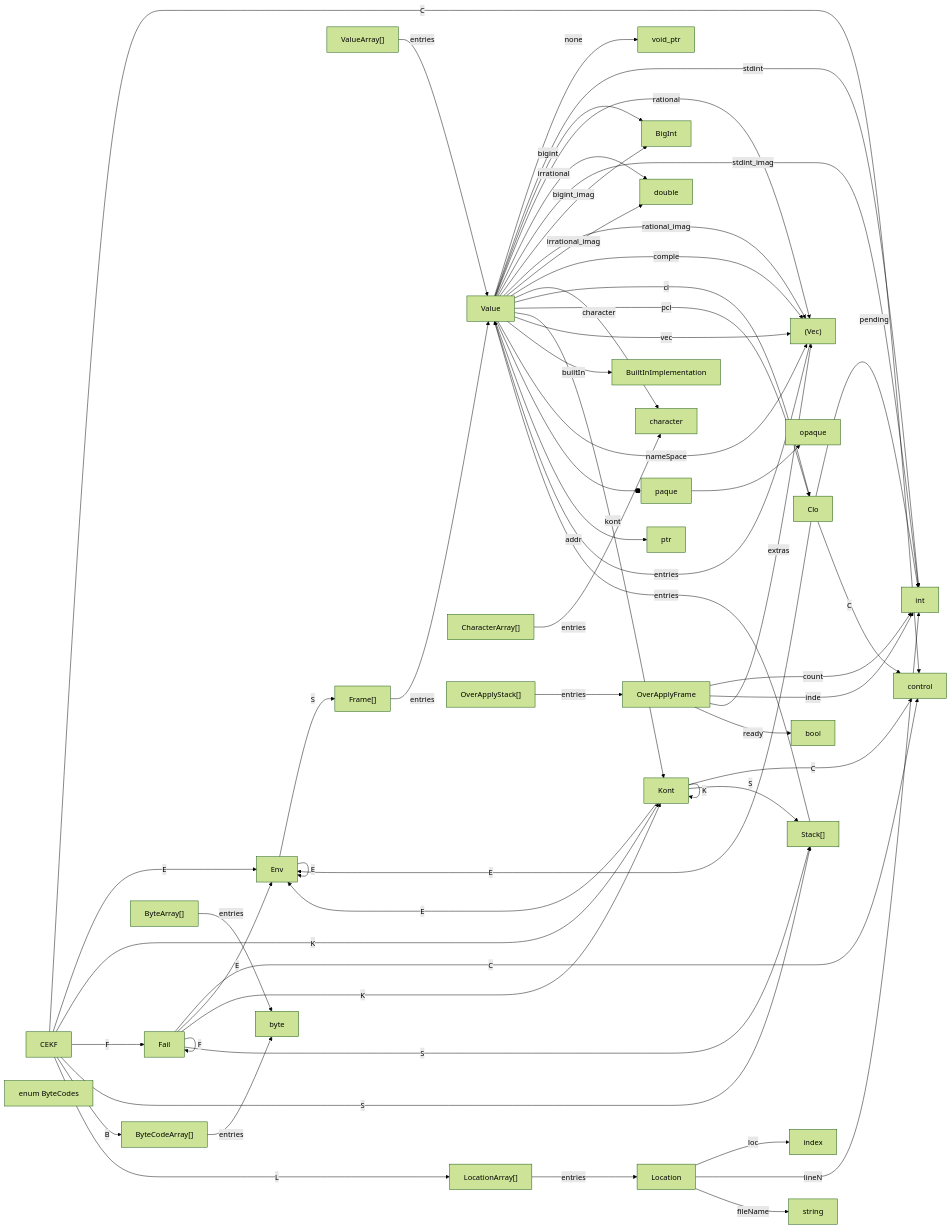
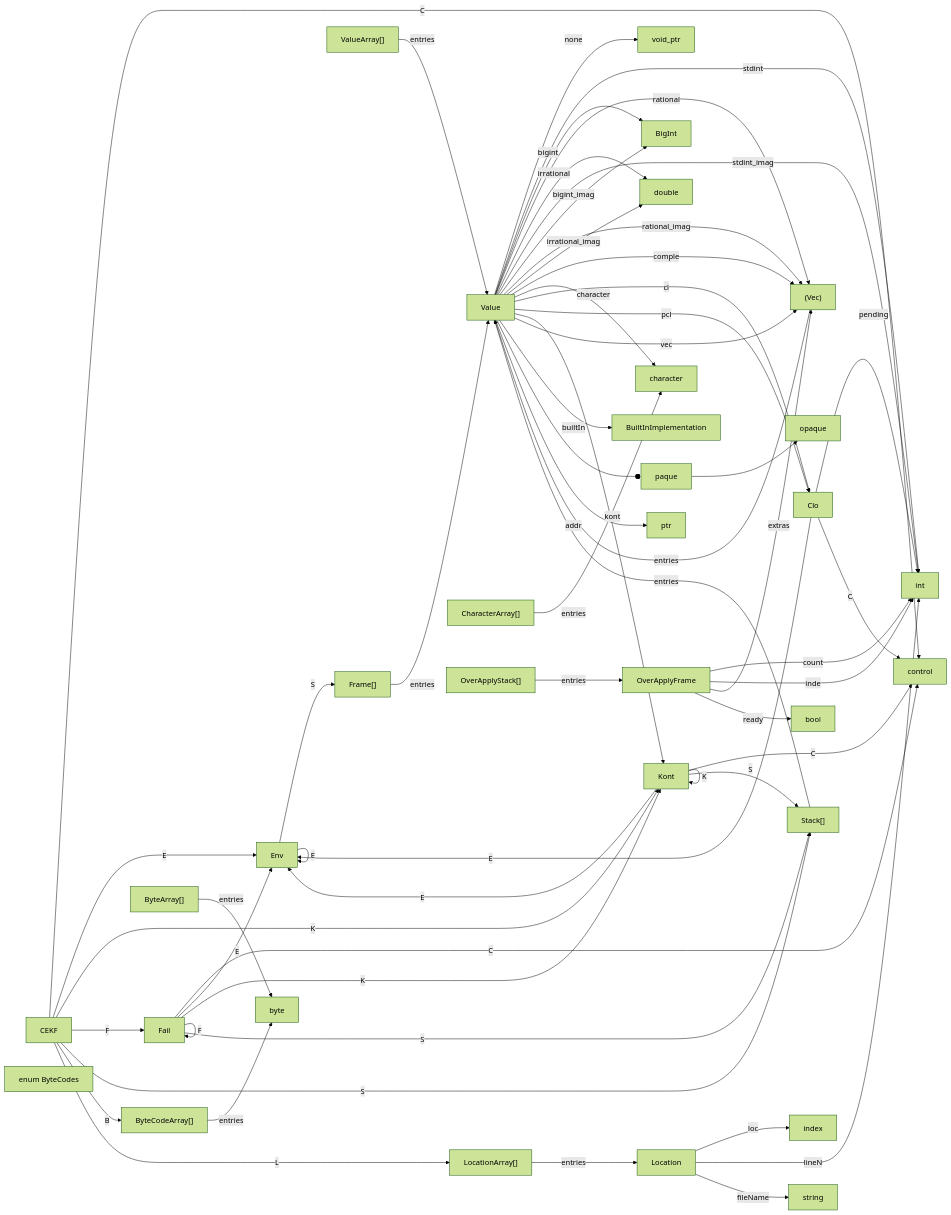
Before and after one commit to billhails/CEKF: the diagram in docs/generated/cekfs.md, drawn with Mermaid (forest theme). The commit also changed 14 other files, not shown here.

````diff
--- a/docs/generated/cekfs.md
+++ b/docs/generated/cekfs.md
@@ -5,60 +5,59 @@
 ```mermaid
 flowchart LR
 CEKF --C--> control
 CEKF --E--> Env
 CEKF --K--> Kont
 CEKF --F--> Fail
 CEKF --S--> Stack
 CEKF --B--> ByteCodeArray
 CEKF --L--> LocationArray
 OverApplyFrame --count--> int
 OverApplyFrame --index--> int
 OverApplyFrame --extras--> Vec
 OverApplyFrame --ready--> bool
 Env --S--> Frame
 Env --E--> Env
 Kont --C--> control
 Kont --E--> Env
 Kont --S--> Stack
 Kont --K--> Kont
 Clo --pending--> int
 Clo --C--> control
 Clo --E--> Env
 Fail --C--> control
 Fail --E--> Env
 Fail --K--> Kont
 Fail --S--> Stack
 Fail --F--> Fail
 Location --loc--> index
 Location --lineNo--> int
 Location --fileName--> string
 Vec["(Vec)"] --entries--> Value
 Value --none--> void_ptr
 Value --stdint--> int
 Value --bigint--> BigInt
 Value --rational--> Vec
 Value --irrational--> double
 Value --stdint_imag--> int
 Value --bigint_imag--> BigInt
 Value --rational_imag--> Vec
 Value --irrational_imag--> double
 Value --complex--> Vec
 Value --character--> character
 Value --clo--> Clo
 Value --pclo--> Clo
 Value --kont--> Kont
 Value --vec--> Vec
 Value --builtIn--> BuiltInImplementation
-Value --nameSpace--> Vec
 Value --opaque--> opaque
 Value --addr--> ptr
 ByteCodeArray["ByteCodeArray[]"] --entries--> byte
 Stack["Stack[]"] --entries--> Value
 ByteCodes["enum ByteCodes"]
 CharacterArray["CharacterArray[]"] --entries--> character
 ValueArray["ValueArray[]"] --entries--> Value
 ByteArray["ByteArray[]"] --entries--> byte
 Frame["Frame[]"] --entries--> Value
 LocationArray["LocationArray[]"] --entries--> Location
 OverApplyStack["OverApplyStack[]"] --entries--> OverApplyFrame
 ```
````
